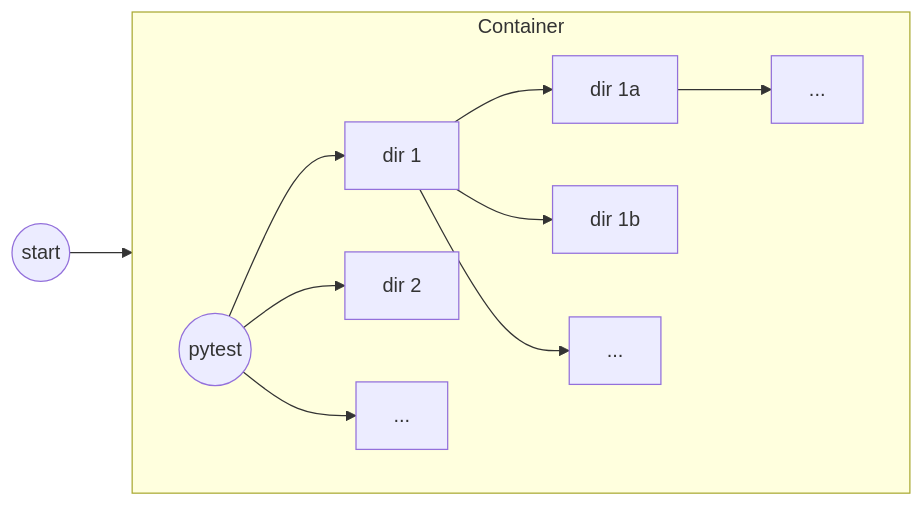
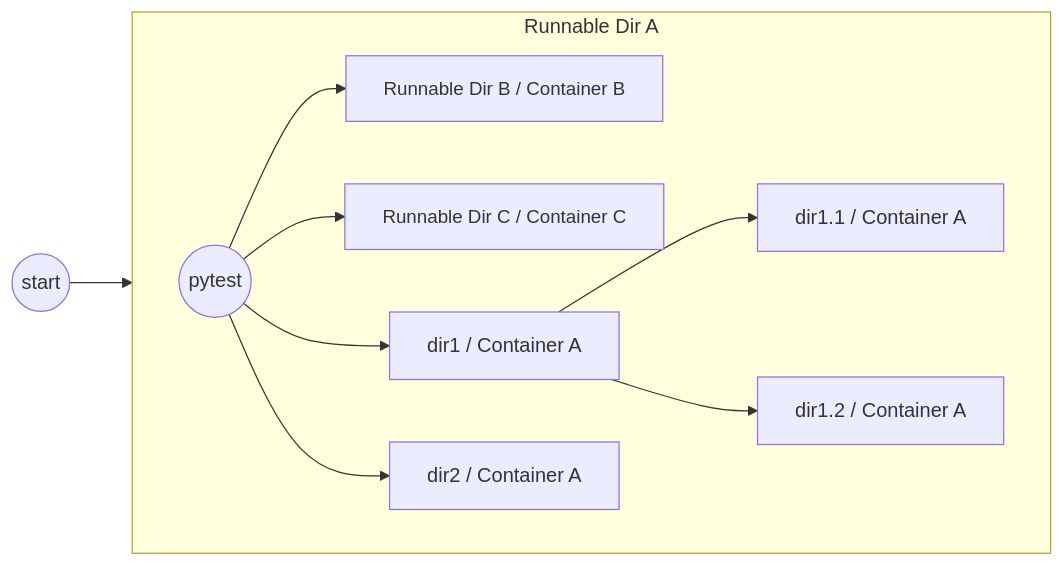
One commit to causify-ai/helpers changed the fifth of 5 diagrams in papers/Causify_development_system/Causify_dev_system.md. Above: the diagram before and after it, drawn with Mermaid. The commit also changed other lines of this file and 6 other files, not shown here.

````diff
--- a/papers/Causify_development_system/Causify_dev_system.md
+++ b/papers/Causify_development_system/Causify_dev_system.md
@@ -284,16 +286,24 @@
-  ```mermaid
-  graph LR
+```mermaid
+graph LR
     start((start))
-    start --> container
-    subgraph container[Container]
-      direction LR
-      pytest((pytest))
-      pytest --> dir_1[dir 1]
-      dir_1 --> dir_1a[dir 1a]
-      dir_1a --> dir_1a_others[...]
-      dir_1 --> dir_1b[dir 1b]
-      dir_1 --> dir_1_others[...]
-      pytest --> dir_2[dir 2]
-      pytest --> dir_others[...]
+    start --> A
+    subgraph A[Runnable Dir A]
+        direction LR
+        pytest_1((pytest))
+        B[Runnable Dir B / Container B]
+        C[Runnable Dir C / Container C]
+        dirA1[dir1 / Container A]
+        dirA2[dir2 / Container A]
+        dirA11[dir1.1 / Container A]
+        dirA12[dir1.2 / Container A]
+        pytest_1 --> B
+        pytest_1 --> C
+        pytest_1 --> dirA1
+        pytest_1 --> dirA2
+        dirA1 --> dirA11
+        dirA1 --> dirA12
     end
-  ```
+
+style B font-size:15px
+style C font-size:15px
+```
````
